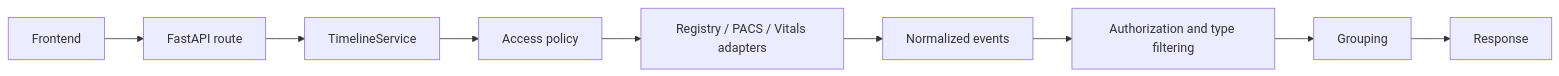
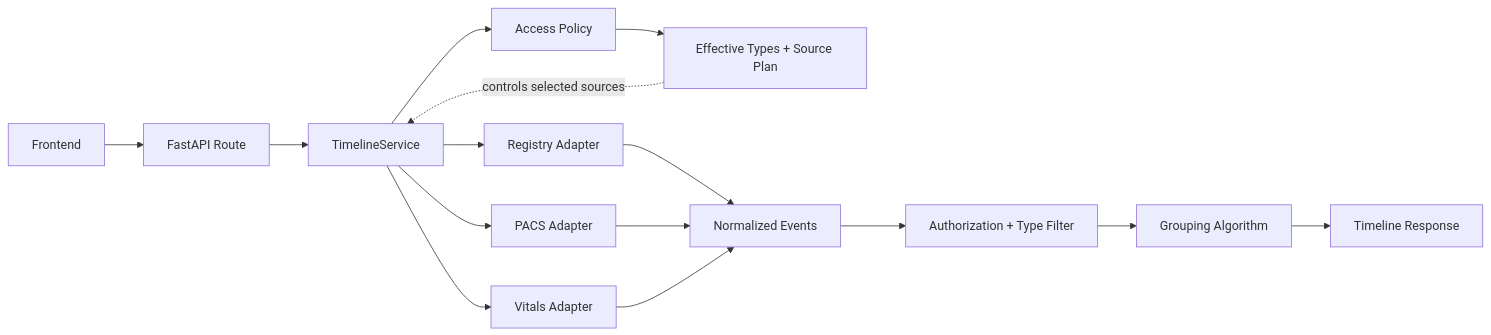
One commit to OriShlv/Sheaba-Federated-Patient-Timeline-System changed the diagram in README.md. Above: the diagram before and after it, drawn with Mermaid. The commit also changed other lines of this file, not shown here.

````diff
--- a/README.md
+++ b/README.md
@@ -43,11 +49,22 @@
 ```mermaid
 flowchart LR
-  Frontend --> Route[FastAPI route]
-  Route --> Service[TimelineService]
-  Service --> Policy[Access policy]
-  Policy --> Adapters[Registry / PACS / Vitals adapters]
-  Adapters --> Events[Normalized events]
-  Events --> Filter[Authorization and type filtering]
-  Filter --> Grouping
-  Grouping --> Response
+    Frontend --> Route[FastAPI Route]
+    Route --> Service[TimelineService]
+
+    Service --> Policy[Access Policy]
+    Policy --> Plan[Effective Types + Source Plan]
+
+    Service --> Registry[Registry Adapter]
+    Service --> PACS[PACS Adapter]
+    Service --> Vitals[Vitals Adapter]
+
+    Plan -. controls selected sources .-> Service
+
+    Registry --> Events[Normalized Events]
+    PACS --> Events
+    Vitals --> Events
+
+    Events --> Filter[Authorization + Type Filter]
+    Filter --> Grouping[Grouping Algorithm]
+    Grouping --> Response[Timeline Response]
 ```
````
